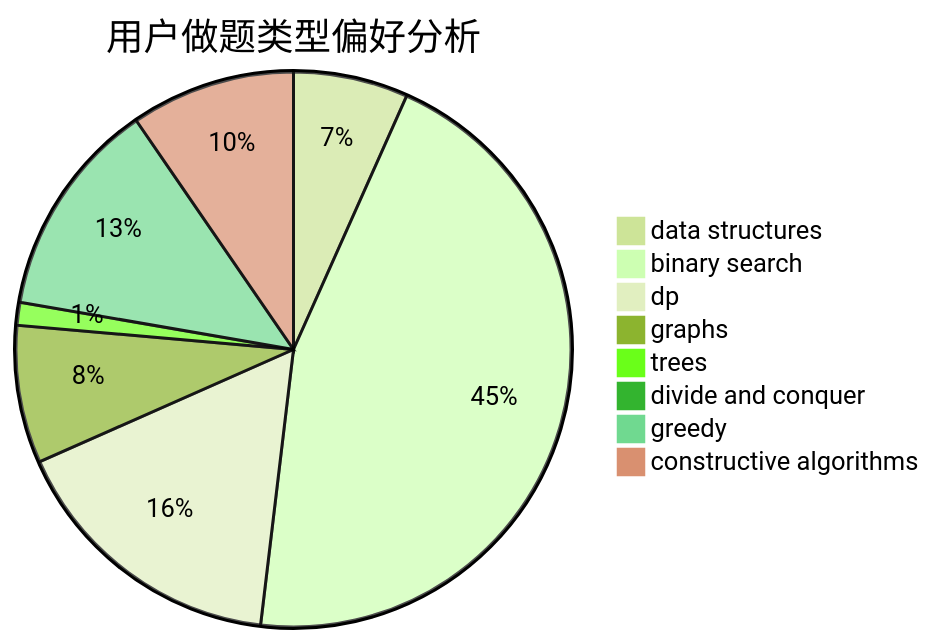
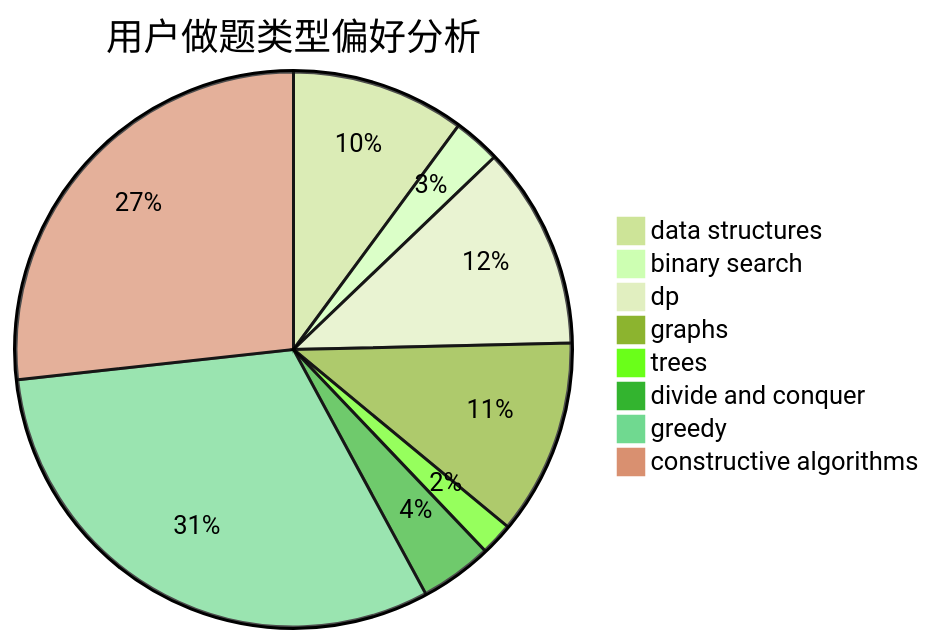
The second of 3 diagrams in docs/user/u2756.md (sherpahu/cfrs.github.io), drawn with Mermaid (forest theme) before and after one commit. The commit also changed other lines of this file and 2770 other files, not shown here.

````diff
--- a/docs/user/u2756.md
+++ b/docs/user/u2756.md
@@ -23,11 +23,11 @@
 ```mermaid
 pie title 用户做题类型偏好分析
-    "data structures" :  30
-    "binary search" :  203
-    "dp" :  74
-    "graphs" :  36
-    "trees" :  6
-    "divide and conquer" :  0
-    "greedy" :  57
-    "constructive algorithms" :  43
+    "data structures" :  48
+    "binary search" :  13
+    "dp" :  56
+    "graphs" :  54
+    "trees" :  9
+    "divide and conquer" :  20
+    "greedy" :  148
+    "constructive algorithms" :  127
 ```
````
